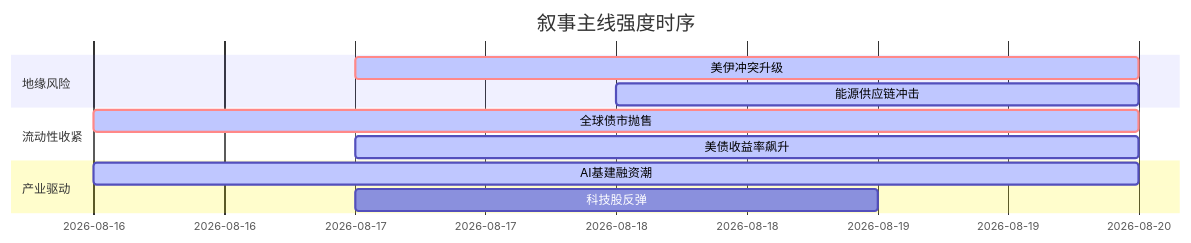
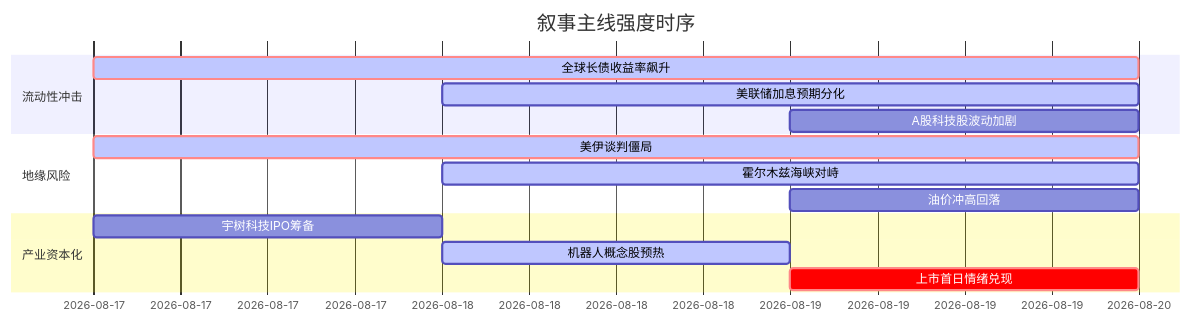
Before and after one commit to uu5zn/uu5zn.github.io: the diagram in 5day_report.md, drawn with Mermaid. The commit also changed other lines of this file and 20 other files, not shown here.

````diff
--- a/5day_report.md
+++ b/5day_report.md
@@ -58,16 +58,19 @@
 ```mermaid
 gantt
     title 叙事主线强度时序
     dateFormat YYYY-MM-DD
+    section 流动性冲击
+    全球长债收益率飙升   :crit, active, 2026-08-17, 3d
+    美联储加息预期分化   :active, 2026-08-18, 2d
+    A股科技股波动加剧   :2026-08-19, 1d
+    
     section 地缘风险
-    美伊冲突升级   :crit, active, 2026-08-17, 3d
-    能源供应链冲击   :active, 2026-08-18, 2d
+    美伊谈判僵局   :crit, active, 2026-08-17, 3d
+    霍尔木兹海峡对峙   :active, 2026-08-18, 2d
+    油价冲高回落   :2026-08-19, 1d
     
-    section 流动性收紧
-    全球债市抛售   :crit, active, 2026-08-16, 4d
-    美债收益率飙升   :active, 2026-08-17, 3d
-    
-    section 产业驱动
-    AI基建融资潮   :active, 2026-08-16, 4d
-    科技股反弹   :2026-08-17, 2d
+    section 产业资本化
+    宇树科技IPO筹备   :2026-08-17, 1d
+    机器人概念股预热   :active, 2026-08-18, 1d
+    上市首日情绪兑现   :crit, 2026-08-19, 1d
 ```
````
